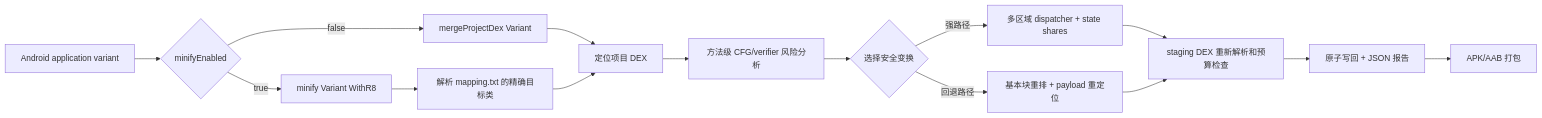
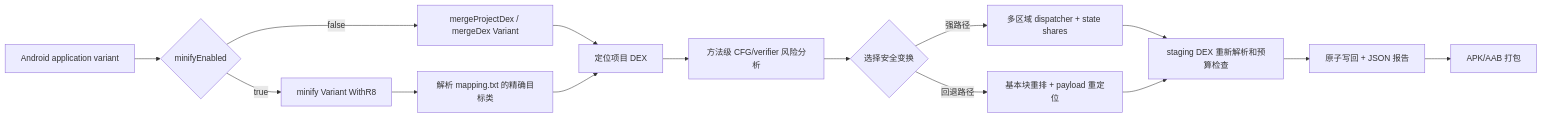
The diagram in doc/README_CN.md (w296488320/DexCfgObfuscator), drawn with Mermaid before and after one commit. The commit also changed other lines of this file and 6 other files, not shown here.

````diff
--- a/doc/README_CN.md
+++ b/doc/README_CN.md
@@ -173,17 +176,17 @@
 ```mermaid
 flowchart LR
     A["Android application variant"] --> B{"minifyEnabled"}
-    B -->|false| C["mergeProjectDex Variant"]
+    B -->|false| C["mergeProjectDex / mergeDex Variant"]
     B -->|true| D["minify Variant WithR8"]
     D --> E["解析 mapping.txt 的精确目标类"]
     C --> F["定位项目 DEX"]
     E --> F
     F --> G["方法级 CFG/verifier 风险分析"]
     G --> H{"选择安全变换"}
     H -->|强路径| I["多区域 dispatcher + state shares"]
     H -->|回退路径| J["基本块重排 + payload 重定位"]
     I --> K["staging DEX 重新解析和预算检查"]
     J --> K
     K --> L["原子写回 + JSON 报告"]
     L --> M["APK/AAB 打包"]
 ```
````
